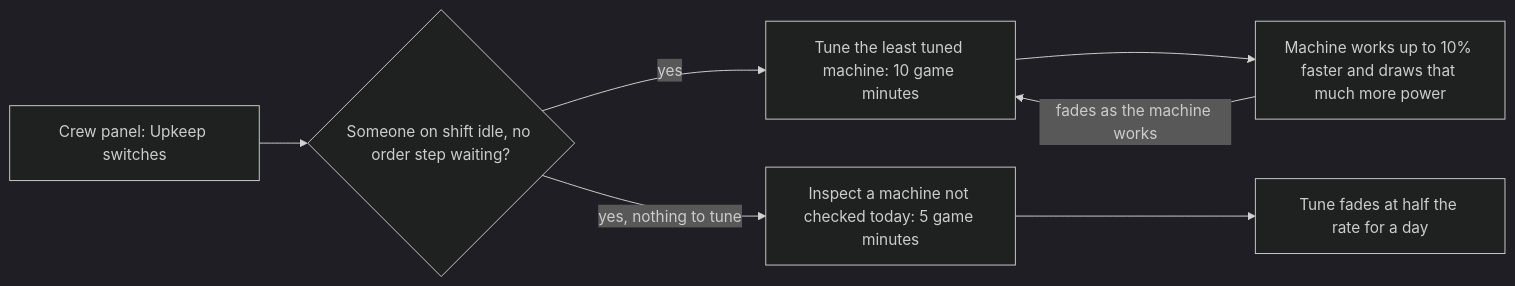
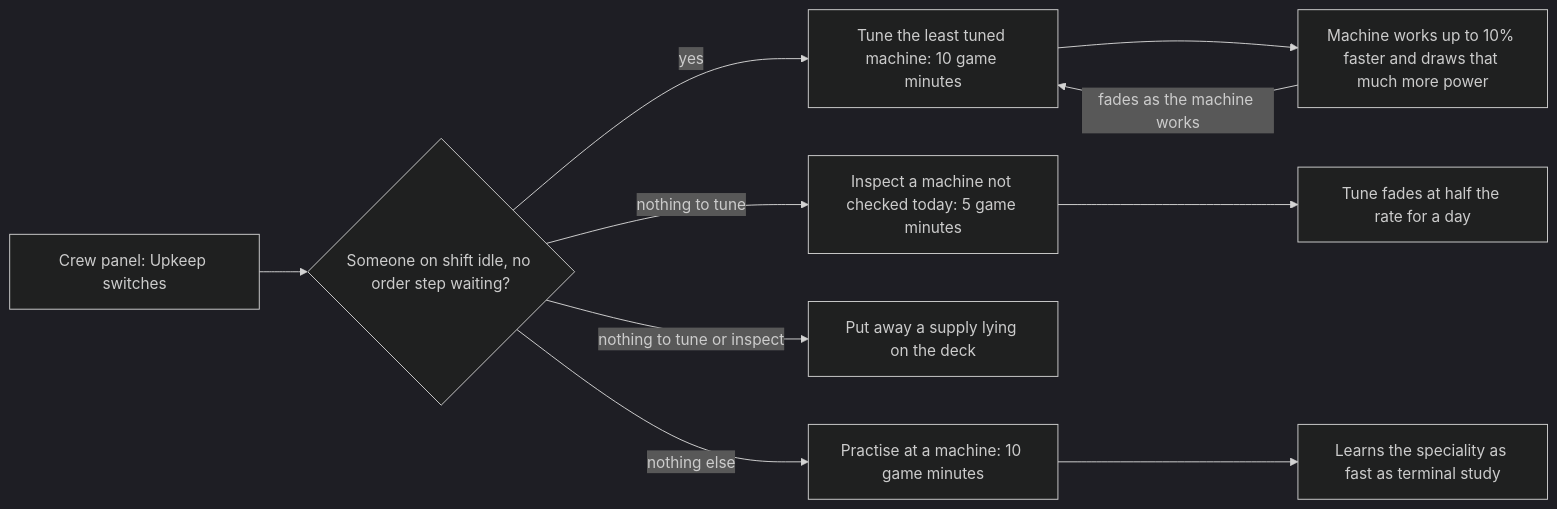
The second of 2 diagrams in docs/crew-automation.md (phobos-dthorga/phobos-ostranauts), drawn with Mermaid (dark theme) before and after one commit. The commit also changed other lines of this file and 41 other files, not shown here.

````diff
--- a/docs/crew-automation.md
+++ b/docs/crew-automation.md
@@ -199,9 +203,12 @@
 ```mermaid
 flowchart LR
     Switch["Crew panel: Upkeep switches"] --> Idle{"Someone on shift idle, no order step waiting?"}
     Idle -->|yes| Tune["Tune the least tuned machine: 10 game minutes"]
-    Idle -->|yes, nothing to tune| Inspect["Inspect a machine not checked today: 5 game minutes"]
+    Idle -->|nothing to tune| Inspect["Inspect a machine not checked today: 5 game minutes"]
+    Idle -->|nothing to tune or inspect| Tidy["Put away a supply lying on the deck"]
+    Idle -->|nothing else| Practice["Practise at a machine: 10 game minutes"]
     Tune --> Faster["Machine works up to 10% faster and draws that much more power"]
     Faster -->|"fades as the machine works"| Tune
     Inspect --> Holds["Tune fades at half the rate for a day"]
+    Practice --> Learns["Learns the speciality as fast as terminal study"]
 ```
````
